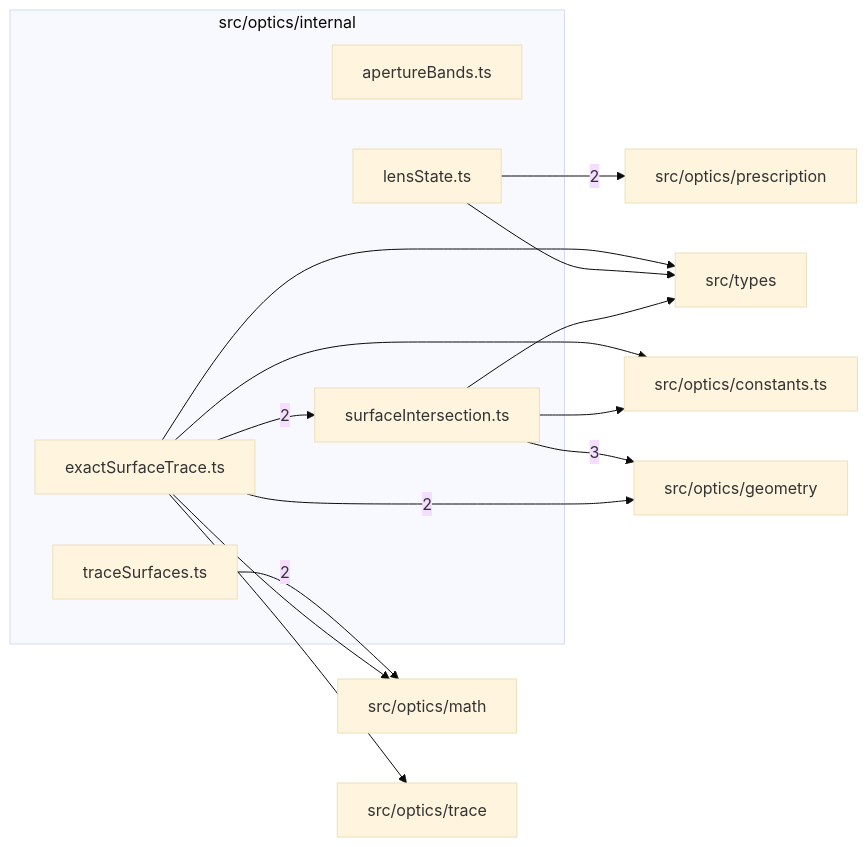
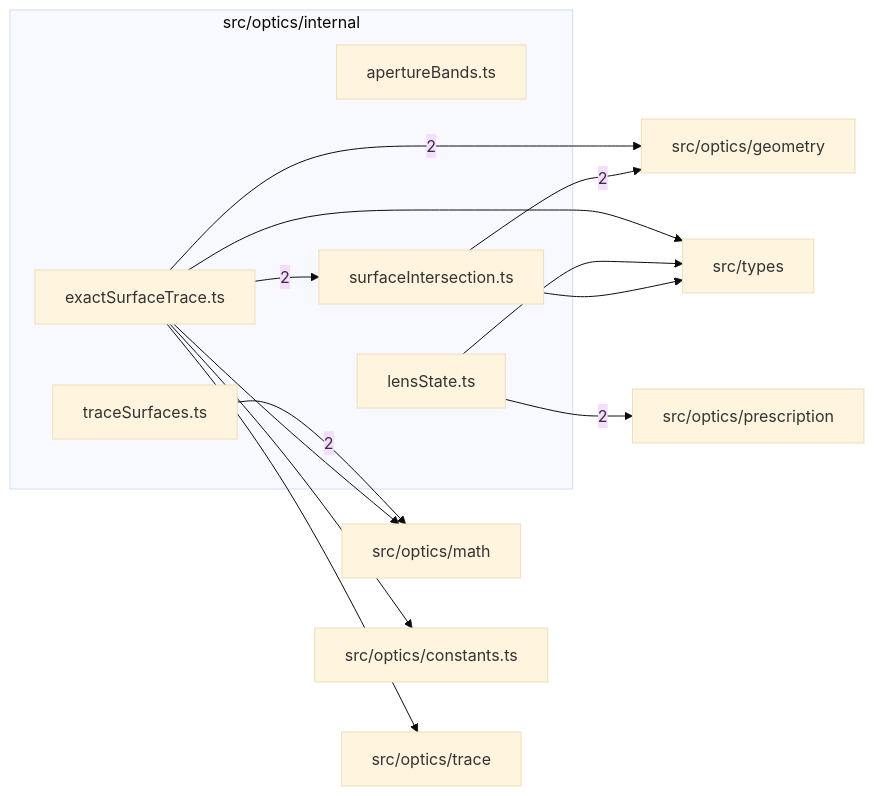
The diagram in src/optics/internal/readme.md (ronbuening/LensVisualizer), drawn with Mermaid (base theme) before and after one commit. The commit also changed other lines of this file and 5 other files, not shown here.

````diff
--- a/src/optics/internal/readme.md
+++ b/src/optics/internal/readme.md
@@ -9,28 +9,27 @@
 ```mermaid
 flowchart LR
   subgraph n_src_optics_internal["src/optics/internal"]
     n_src_optics_internal_src_optics_internal_apertureBands_ts["apertureBands.ts"]
     n_src_optics_internal_src_optics_internal_exactSurfaceTrace_ts["exactSurfaceTrace.ts"]
     n_src_optics_internal_src_optics_internal_lensState_ts["lensState.ts"]
     n_src_optics_internal_src_optics_internal_surfaceIntersection_ts["surfaceIntersection.ts"]
     n_src_optics_internal_src_optics_internal_traceSurfaces_ts["traceSurfaces.ts"]
   end
   n_external_src_optics_geometry["src/optics/geometry"]
   n_external_src_optics_math["src/optics/math"]
   n_external_src_optics_prescription["src/optics/prescription"]
   n_external_src_optics_constants_ts["src/optics/constants.ts"]
   n_external_src_optics_trace["src/optics/trace"]
   n_external_src_types["src/types"]
-  n_src_optics_internal_src_optics_internal_surfaceIntersection_ts --> |3| n_external_src_optics_geometry
   n_src_optics_internal_src_optics_internal_exactSurfaceTrace_ts --> |2| n_external_src_optics_geometry
+  n_src_optics_internal_src_optics_internal_surfaceIntersection_ts --> |2| n_external_src_optics_geometry
   n_src_optics_internal_src_optics_internal_traceSurfaces_ts --> |2| n_external_src_optics_math
   n_src_optics_internal_src_optics_internal_lensState_ts --> |2| n_external_src_optics_prescription
   n_src_optics_internal_src_optics_internal_exactSurfaceTrace_ts --> |2| n_src_optics_internal_src_optics_internal_surfaceIntersection_ts
   n_src_optics_internal_src_optics_internal_exactSurfaceTrace_ts --> n_external_src_optics_constants_ts
-  n_src_optics_internal_src_optics_internal_surfaceIntersection_ts --> n_external_src_optics_constants_ts
   n_src_optics_internal_src_optics_internal_exactSurfaceTrace_ts --> n_external_src_optics_math
   n_src_optics_internal_src_optics_internal_exactSurfaceTrace_ts --> n_external_src_optics_trace
   n_src_optics_internal_src_optics_internal_exactSurfaceTrace_ts --> n_external_src_types
   n_src_optics_internal_src_optics_internal_lensState_ts --> n_external_src_types
   n_src_optics_internal_src_optics_internal_surfaceIntersection_ts --> n_external_src_types
 ```
````
